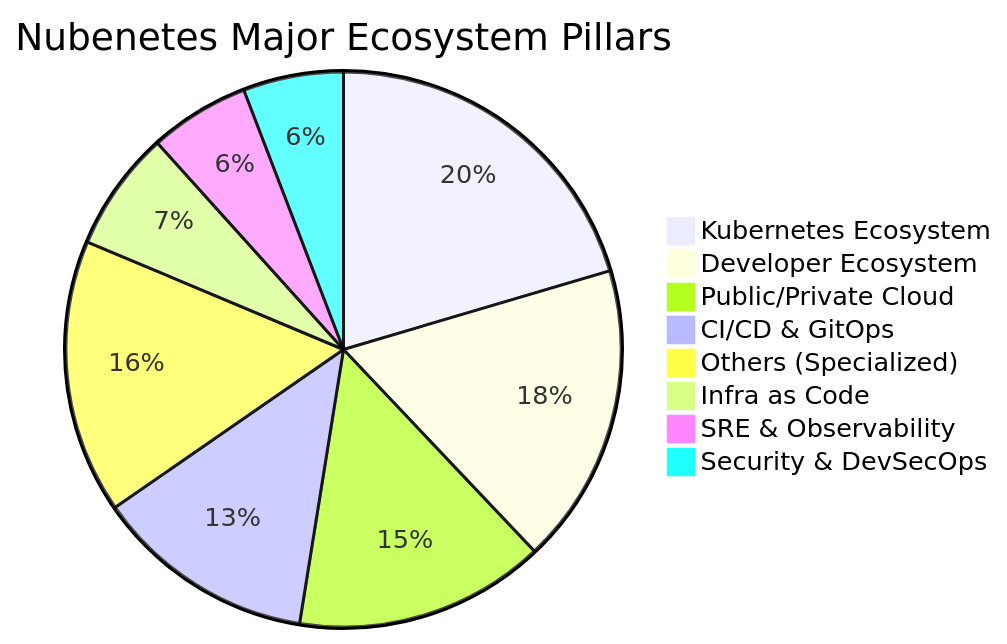
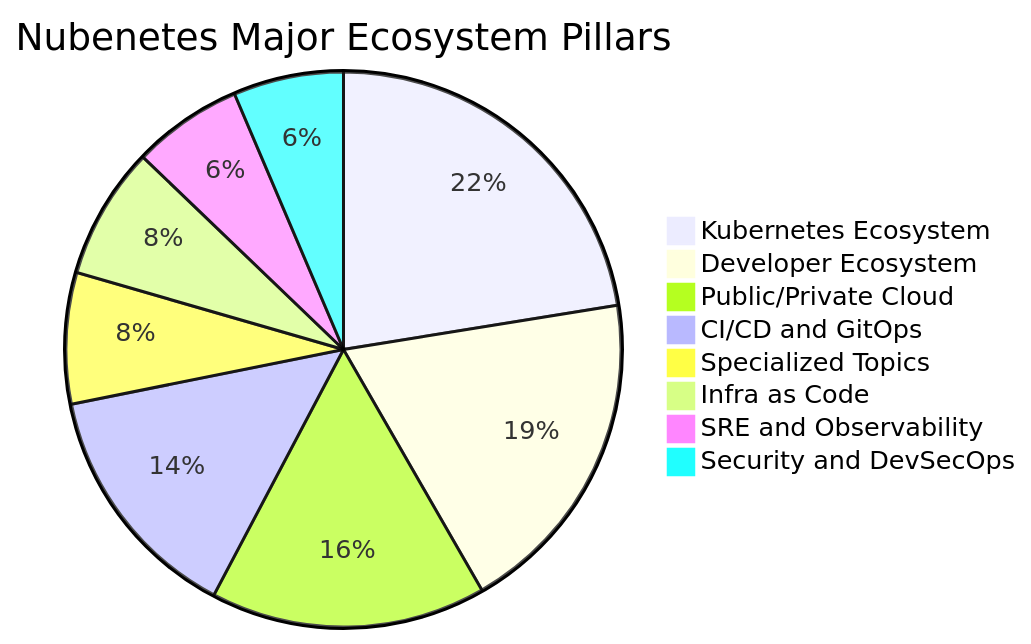
Before and after one commit to nubenetes/awesome-kubernetes: the first of 9 diagrams in README.md, drawn with Mermaid. The commit also changed other lines of this file and 1 other file, not shown here.

Commit message:
ops: update README sync workflow and updater logic on master

````diff
--- a/README.md
+++ b/README.md
@@ -128,11 +184,11 @@
 ```mermaid
 pie title Nubenetes Major Ecosystem Pillars
     "Kubernetes Ecosystem" : 3500
     "Developer Ecosystem" : 3000
     "Public/Private Cloud" : 2500
-    "CI/CD & GitOps" : 2200
-    "Others (Specialized)" : 2733
+    "CI/CD and GitOps" : 2200
+    "Specialized Topics" : 1190
     "Infra as Code" : 1200
-    "SRE & Observability" : 1000
-    "Security & DevSecOps" : 1000
+    "SRE and Observability" : 1000
+    "Security and DevSecOps" : 1000
 ```
````
